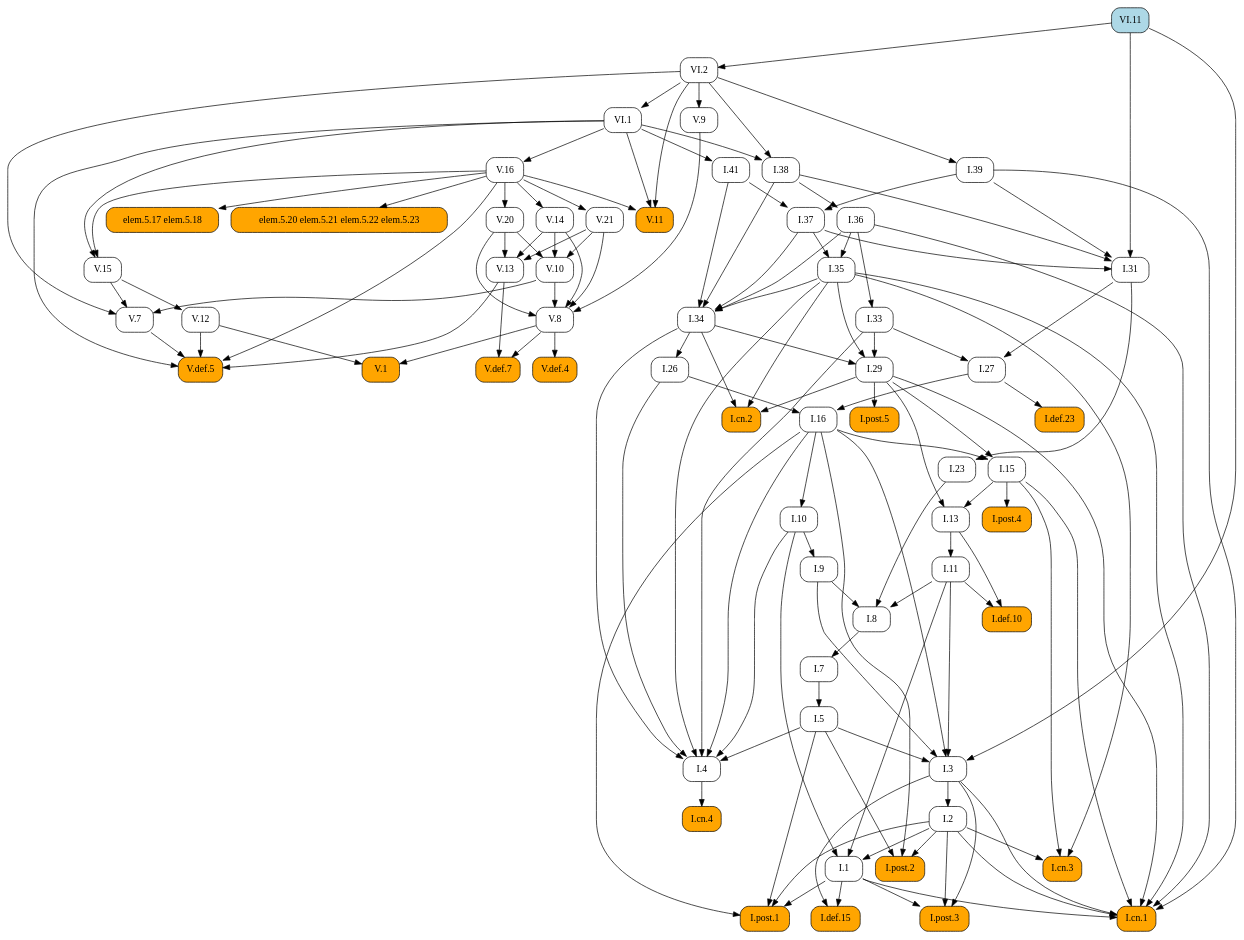
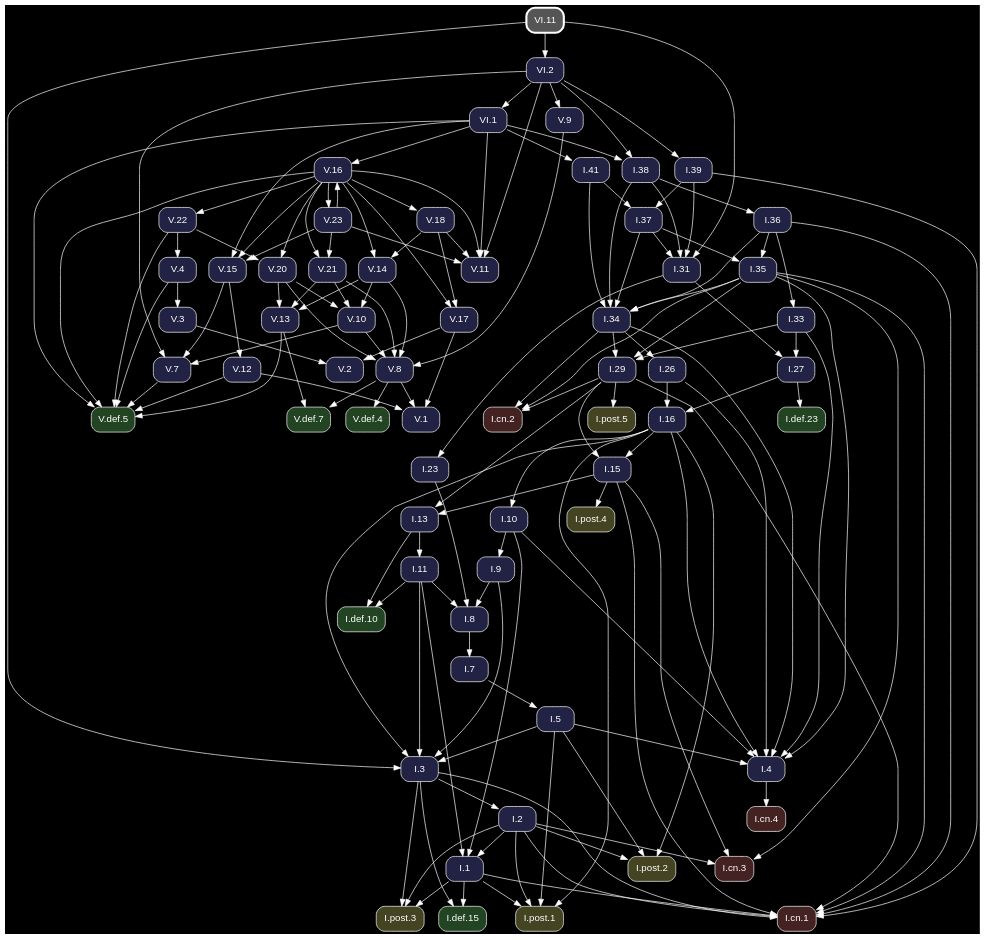
The diagram in docsrc/heath/VI/11/index.rst (geometor/elements), drawn with Graphviz before and after one commit. The commit also changed other lines of this file and 1200 other files, not shown here.

Commit message:
update dependency graphs

```diff
--- a/docsrc/heath/VI/11/index.rst
+++ b/docsrc/heath/VI/11/index.rst
@@ -34,125 +34,95 @@
 .. graphviz::
 
    digraph {
+     bgcolor="black";
+     node [shape=box, style="rounded,filled", fontname="Helvetica", color="white", fontcolor="white"];
+     edge [color="white", fontcolor="white"];
      rankdir="TB";
-     node [shape=box, style=rounded];
-     "V.16" [URL="/heath/V/16/", target="_top"];
-     "I.23" [URL="/heath/I/23/", target="_top"];
-     "I.9" [URL="/heath/I/9/", target="_top"];
-     "I.33" [URL="/heath/I/33/", target="_top"];
-     "I.def.15" [style="rounded,filled", fillcolor=orange, URL="/heath/I/def.15/", target="_top"];
-     "V.13" [URL="/heath/V/13/", target="_top"];
-     "V.7" [URL="/heath/V/7/", target="_top"];
-     "elem.5.17 elem.5.18" [style="rounded,filled", fillcolor=orange];
-     "I.post.3" [style="rounded,filled", fillcolor=orange, URL="/heath/I/post.3/", target="_top"];
-     "I.post.1" [style="rounded,filled", fillcolor=orange, URL="/heath/I/post.1/", target="_top"];
-     "V.14" [URL="/heath/V/14/", target="_top"];
-     "V.def.5" [style="rounded,filled", fillcolor=orange, URL="/heath/V/def.5/", target="_top"];
-     "V.9" [URL="/heath/V/9/", target="_top"];
-     "I.31" [URL="/heath/I/31/", target="_top"];
-     "V.10" [URL="/heath/V/10/", target="_top"];
-     "I.def.10" [style="rounded,filled", fillcolor=orange, URL="/heath/I/def.10/", target="_top"];
-     "VI.1" [URL="/heath/VI/1/", target="_top"];
-     "I.27" [URL="/heath/I/27/", target="_top"];
-     "I.39" [URL="/heath/I/39/", target="_top"];
-     "V.20" [URL="/heath/V/20/", target="_top"];
-     "V.11" [style="rounded,filled", fillcolor=orange, URL="/heath/V/11/", target="_top"];
-     "I.34" [URL="/heath/I/34/", target="_top"];
-     "V.12" [URL="/heath/V/12/", target="_top"];
-     "I.3" [URL="/heath/I/3/", target="_top"];
-     "V.def.4" [style="rounded,filled", fillcolor=orange, URL="/heath/V/def.4/", target="_top"];
-     "I.35" [URL="/heath/I/35/", target="_top"];
-     "I.cn.1" [style="rounded,filled", fillcolor=orange, URL="/heath/I/cn.1/", target="_top"];
-     "I.7" [URL="/heath/I/7/", target="_top"];
-     "V.def.7" [style="rounded,filled", fillcolor=orange, URL="/heath/V/def.7/", target="_top"];
-     "I.2" [URL="/heath/I/2/", target="_top"];
-     "V.21" [URL="/heath/V/21/", target="_top"];
-     "I.36" [URL="/heath/I/36/", target="_top"];
-     "I.13" [URL="/heath/I/13/", target="_top"];
-     "I.post.4" [style="rounded,filled", fillcolor=orange, URL="/heath/I/post.4/", target="_top"];
-     "I.4" [URL="/heath/I/4/", target="_top"];
-     "I.1" [URL="/heath/I/1/", target="_top"];
-     "I.5" [URL="/heath/I/5/", target="_top"];
-     "I.8" [URL="/heath/I/8/", target="_top"];
-     "I.37" [URL="/heath/I/37/", target="_top"];
-     "I.cn.3" [style="rounded,filled", fillcolor=orange, URL="/heath/I/cn.3/", target="_top"];
-     "I.29" [URL="/heath/I/29/", target="_top"];
-     "I.16" [URL="/heath/I/16/", target="_top"];
-     "I.38" [URL="/heath/I/38/", target="_top"];
-     "V.8" [URL="/heath/V/8/", target="_top"];
-     "I.15" [URL="/heath/I/15/", target="_top"];
-     "I.10" [URL="/heath/I/10/", target="_top"];
-     "V.1" [style="rounded,filled", fillcolor=orange, URL="/heath/V/1/", target="_top"];
-     "I.def.23" [style="rounded,filled", fillcolor=orange, URL="/heath/I/def.23/", target="_top"];
-     "I.11" [URL="/heath/I/11/", target="_top"];
-     "I.cn.2" [style="rounded,filled", fillcolor=orange, URL="/heath/I/cn.2/", target="_top"];
-     "I.post.5" [style="rounded,filled", fillcolor=orange, URL="/heath/I/post.5/", target="_top"];
-     "VI.2" [URL="/heath/VI/2/", target="_top"];
-     "I.cn.4" [style="rounded,filled", fillcolor=orange, URL="/heath/I/cn.4/", target="_top"];
-     "I.post.2" [style="rounded,filled", fillcolor=orange, URL="/heath/I/post.2/", target="_top"];
-     "I.41" [URL="/heath/I/41/", target="_top"];
-     "V.15" [URL="/heath/V/15/", target="_top"];
-     "I.26" [URL="/heath/I/26/", target="_top"];
-     "VI.11" [style="rounded,filled", fillcolor=lightblue, URL="/heath/VI/11/", target="_top"];
-     "elem.5.20 elem.5.21 elem.5.22 elem.5.23" [style="rounded,filled", fillcolor=orange];
-     "VI.1" -> "V.16";
-     "I.31" -> "I.23";
-     "I.10" -> "I.9";
-     "I.36" -> "I.33";
-     "I.1" -> "I.def.15";
-     "I.3" -> "I.def.15";
-     "V.14" -> "V.13";
-     "V.20" -> "V.13";
-     "V.21" -> "V.13";
-     "V.10" -> "V.7";
-     "V.15" -> "V.7";
-     "VI.2" -> "V.7";
-     "V.16" -> "elem.5.17 elem.5.18";
-     "I.1" -> "I.post.3";
-     "I.2" -> "I.post.3";
-     "I.3" -> "I.post.3";
-     "I.1" -> "I.post.1";
-     "I.2" -> "I.post.1";
-     "I.5" -> "I.post.1";
-     "I.16" -> "I.post.1";
-     "V.16" -> "V.14";
+     "V.15" [fillcolor="#222244", URL="/heath/V/15/", target="_top"];
+     "V.def.5" [fillcolor="#224422", URL="/heath/V/def.5/", target="_top"];
+     "V.22" [fillcolor="#222244", URL="/heath/V/22/", target="_top"];
+     "I.31" [fillcolor="#222244", URL="/heath/I/31/", target="_top"];
+     "I.3" [fillcolor="#222244", URL="/heath/I/3/", target="_top"];
+     "V.12" [fillcolor="#222244", URL="/heath/V/12/", target="_top"];
+     "I.cn.1" [fillcolor="#442222", URL="/heath/I/cn.1/", target="_top"];
+     "V.18" [fillcolor="#222244", URL="/heath/V/18/", target="_top"];
+     "I.15" [fillcolor="#222244", URL="/heath/I/15/", target="_top"];
+     "V.14" [fillcolor="#222244", URL="/heath/V/14/", target="_top"];
+     "I.def.10" [fillcolor="#224422", URL="/heath/I/def.10/", target="_top"];
+     "I.39" [fillcolor="#222244", URL="/heath/I/39/", target="_top"];
+     "I.13" [fillcolor="#222244", URL="/heath/I/13/", target="_top"];
+     "I.27" [fillcolor="#222244", URL="/heath/I/27/", target="_top"];
+     "V.23" [fillcolor="#222244", URL="/heath/V/23/", target="_top"];
+     "I.2" [fillcolor="#222244", URL="/heath/I/2/", target="_top"];
+     "I.41" [fillcolor="#222244", URL="/heath/I/41/", target="_top"];
+     "I.cn.2" [fillcolor="#442222", URL="/heath/I/cn.2/", target="_top"];
+     "I.9" [fillcolor="#222244", URL="/heath/I/9/", target="_top"];
+     "I.1" [fillcolor="#222244", URL="/heath/I/1/", target="_top"];
+     "I.post.5" [fillcolor="#444422", URL="/heath/I/post.5/", target="_top"];
+     "I.post.4" [fillcolor="#444422", URL="/heath/I/post.4/", target="_top"];
+     "I.23" [fillcolor="#222244", URL="/heath/I/23/", target="_top"];
+     "I.26" [fillcolor="#222244", URL="/heath/I/26/", target="_top"];
+     "I.8" [fillcolor="#222244", URL="/heath/I/8/", target="_top"];
+     "I.4" [fillcolor="#222244", URL="/heath/I/4/", target="_top"];
+     "V.4" [fillcolor="#222244", URL="/heath/V/4/", target="_top"];
+     "V.16" [fillcolor="#222244", URL="/heath/V/16/", target="_top"];
+     "VI.2" [fillcolor="#222244", URL="/heath/VI/2/", target="_top"];
+     "I.7" [fillcolor="#222244", URL="/heath/I/7/", target="_top"];
+     "V.7" [fillcolor="#222244", URL="/heath/V/7/", target="_top"];
+     "I.5" [fillcolor="#222244", URL="/heath/I/5/", target="_top"];
+     "V.9" [fillcolor="#222244", URL="/heath/V/9/", target="_top"];
+     "VI.1" [fillcolor="#222244", URL="/heath/VI/1/", target="_top"];
+     "I.10" [fillcolor="#222244", URL="/heath/I/10/", target="_top"];
+     "V.11" [fillcolor="#222244", URL="/heath/V/11/", target="_top"];
+     "V.def.7" [fillcolor="#224422", URL="/heath/V/def.7/", target="_top"];
+     "I.post.1" [fillcolor="#444422", URL="/heath/I/post.1/", target="_top"];
+     "V.def.4" [fillcolor="#224422", URL="/heath/V/def.4/", target="_top"];
+     "V.20" [fillcolor="#222244", URL="/heath/V/20/", target="_top"];
+     "I.11" [fillcolor="#222244", URL="/heath/I/11/", target="_top"];
+     "I.16" [fillcolor="#222244", URL="/heath/I/16/", target="_top"];
+     "I.37" [fillcolor="#222244", URL="/heath/I/37/", target="_top"];
+     "I.cn.3" [fillcolor="#442222", URL="/heath/I/cn.3/", target="_top"];
+     "I.36" [fillcolor="#222244", URL="/heath/I/36/", target="_top"];
+     "I.38" [fillcolor="#222244", URL="/heath/I/38/", target="_top"];
+     "I.post.2" [fillcolor="#444422", URL="/heath/I/post.2/", target="_top"];
+     "I.29" [fillcolor="#222244", URL="/heath/I/29/", target="_top"];
+     "I.cn.4" [fillcolor="#442222", URL="/heath/I/cn.4/", target="_top"];
+     "I.def.23" [fillcolor="#224422", URL="/heath/I/def.23/", target="_top"];
+     "V.2" [fillcolor="#222244", URL="/heath/V/2/", target="_top"];
+     "I.35" [fillcolor="#222244", URL="/heath/I/35/", target="_top"];
+     "V.1" [fillcolor="#222244", URL="/heath/V/1/", target="_top"];
+     "I.post.3" [fillcolor="#444422", URL="/heath/I/post.3/", target="_top"];
+     "V.13" [fillcolor="#222244", URL="/heath/V/13/", target="_top"];
+     "V.8" [fillcolor="#222244", URL="/heath/V/8/", target="_top"];
+     "I.33" [fillcolor="#222244", URL="/heath/I/33/", target="_top"];
+     "V.21" [fillcolor="#222244", URL="/heath/V/21/", target="_top"];
+     "I.34" [fillcolor="#222244", URL="/heath/I/34/", target="_top"];
+     "VI.11" [penwidth=3, color="white", fillcolor="#555555", URL="/heath/VI/11/", target="_top"];
+     "I.def.15" [fillcolor="#224422", URL="/heath/I/def.15/", target="_top"];
+     "V.3" [fillcolor="#222244", URL="/heath/V/3/", target="_top"];
+     "V.17" [fillcolor="#222244", URL="/heath/V/17/", target="_top"];
+     "V.10" [fillcolor="#222244", URL="/heath/V/10/", target="_top"];
+     "V.16" -> "V.15";
+     "V.23" -> "V.15";
+     "VI.1" -> "V.15";
+     "V.4" -> "V.def.5";
      "V.7" -> "V.def.5";
      "V.12" -> "V.def.5";
      "V.13" -> "V.def.5";
      "V.16" -> "V.def.5";
+     "V.22" -> "V.def.5";
      "VI.1" -> "V.def.5";
-     "VI.2" -> "V.9";
+     "V.16" -> "V.22";
      "I.37" -> "I.31";
      "I.38" -> "I.31";
      "I.39" -> "I.31";
      "VI.11" -> "I.31";
-     "V.14" -> "V.10";
-     "V.20" -> "V.10";
-     "V.21" -> "V.10";
-     "I.11" -> "I.def.10";
-     "I.13" -> "I.def.10";
-     "VI.2" -> "VI.1";
-     "I.31" -> "I.27";
-     "I.33" -> "I.27";
-     "VI.2" -> "I.39";
-     "V.16" -> "V.20";
-     "V.16" -> "V.11";
-     "VI.1" -> "V.11";
-     "VI.2" -> "V.11";
-     "I.35" -> "I.34";
-     "I.36" -> "I.34";
-     "I.37" -> "I.34";
-     "I.38" -> "I.34";
-     "I.41" -> "I.34";
-     "V.15" -> "V.12";
      "I.5" -> "I.3";
      "I.9" -> "I.3";
      "I.11" -> "I.3";
      "I.16" -> "I.3";
      "VI.11" -> "I.3";
-     "V.8" -> "V.def.4";
-     "I.36" -> "I.35";
-     "I.37" -> "I.35";
+     "V.15" -> "V.12";
      "I.1" -> "I.cn.1";
      "I.2" -> "I.cn.1";
      "I.3" -> "I.cn.1";
@@ -161,15 +131,35 @@
      "I.35" -> "I.cn.1";
      "I.36" -> "I.cn.1";
      "I.39" -> "I.cn.1";
-     "I.8" -> "I.7";
-     "V.8" -> "V.def.7";
-     "V.13" -> "V.def.7";
-     "I.3" -> "I.2";
-     "V.16" -> "V.21";
-     "I.38" -> "I.36";
+     "V.16" -> "V.18";
+     "I.16" -> "I.15";
+     "I.29" -> "I.15";
+     "V.16" -> "V.14";
+     "V.18" -> "V.14";
+     "I.11" -> "I.def.10";
+     "I.13" -> "I.def.10";
+     "VI.2" -> "I.39";
      "I.15" -> "I.13";
      "I.29" -> "I.13";
+     "I.31" -> "I.27";
+     "I.33" -> "I.27";
+     "V.16" -> "V.23";
+     "I.3" -> "I.2";
+     "VI.1" -> "I.41";
+     "I.29" -> "I.cn.2";
+     "I.34" -> "I.cn.2";
+     "I.35" -> "I.cn.2";
+     "I.10" -> "I.9";
+     "I.2" -> "I.1";
+     "I.10" -> "I.1";
+     "I.11" -> "I.1";
+     "I.29" -> "I.post.5";
      "I.15" -> "I.post.4";
+     "I.31" -> "I.23";
+     "I.34" -> "I.26";
+     "I.9" -> "I.8";
+     "I.11" -> "I.8";
+     "I.23" -> "I.8";
      "I.5" -> "I.4";
      "I.10" -> "I.4";
      "I.16" -> "I.4";
@@ -177,49 +167,83 @@
      "I.33" -> "I.4";
      "I.34" -> "I.4";
      "I.35" -> "I.4";
-     "I.2" -> "I.1";
-     "I.10" -> "I.1";
-     "I.11" -> "I.1";
+     "V.22" -> "V.4";
+     "V.23" -> "V.16";
+     "VI.1" -> "V.16";
+     "VI.11" -> "VI.2";
+     "I.8" -> "I.7";
+     "V.10" -> "V.7";
+     "V.15" -> "V.7";
+     "VI.2" -> "V.7";
      "I.7" -> "I.5";
-     "I.9" -> "I.8";
-     "I.11" -> "I.8";
-     "I.23" -> "I.8";
+     "VI.2" -> "V.9";
+     "VI.2" -> "VI.1";
+     "I.16" -> "I.10";
+     "V.16" -> "V.11";
+     "V.18" -> "V.11";
+     "V.23" -> "V.11";
+     "VI.1" -> "V.11";
+     "VI.2" -> "V.11";
+     "V.8" -> "V.def.7";
+     "V.13" -> "V.def.7";
+     "I.1" -> "I.post.1";
+     "I.2" -> "I.post.1";
+     "I.5" -> "I.post.1";
+     "I.16" -> "I.post.1";
+     "V.8" -> "V.def.4";
+     "V.16" -> "V.20";
+     "V.22" -> "V.20";
+     "I.13" -> "I.11";
+     "I.26" -> "I.16";
+     "I.27" -> "I.16";
      "I.39" -> "I.37";
      "I.41" -> "I.37";
      "I.2" -> "I.cn.3";
      "I.15" -> "I.cn.3";
      "I.35" -> "I.cn.3";
+     "I.38" -> "I.36";
+     "VI.1" -> "I.38";
+     "VI.2" -> "I.38";
+     "I.2" -> "I.post.2";
+     "I.5" -> "I.post.2";
+     "I.16" -> "I.post.2";
      "I.33" -> "I.29";
      "I.34" -> "I.29";
      "I.35" -> "I.29";
-     "I.26" -> "I.16";
-     "I.27" -> "I.16";
-     "VI.1" -> "I.38";
-     "VI.2" -> "I.38";
+     "I.4" -> "I.cn.4";
+     "I.27" -> "I.def.23";
+     "V.3" -> "V.2";
+     "V.17" -> "V.2";
+     "I.36" -> "I.35";
+     "I.37" -> "I.35";
+     "V.8" -> "V.1";
+     "V.12" -> "V.1";
+     "V.17" -> "V.1";
+     "I.1" -> "I.post.3";
+     "I.2" -> "I.post.3";
+     "I.3" -> "I.post.3";
+     "V.14" -> "V.13";
+     "V.20" -> "V.13";
+     "V.21" -> "V.13";
      "V.9" -> "V.8";
      "V.10" -> "V.8";
      "V.14" -> "V.8";
      "V.20" -> "V.8";
      "V.21" -> "V.8";
-     "I.16" -> "I.15";
-     "I.29" -> "I.15";
-     "I.16" -> "I.10";
-     "V.8" -> "V.1";
-     "V.12" -> "V.1";
-     "I.27" -> "I.def.23";
-     "I.13" -> "I.11";
-     "I.29" -> "I.cn.2";
-     "I.34" -> "I.cn.2";
-     "I.35" -> "I.cn.2";
-     "I.29" -> "I.post.5";
-     "VI.11" -> "VI.2";
-     "I.4" -> "I.cn.4";
-     "I.2" -> "I.post.2";
-     "I.5" -> "I.post.2";
-     "I.16" -> "I.post.2";
-     "VI.1" -> "I.41";
-     "V.16" -> "V.15";
-     "VI.1" -> "V.15";
-     "I.34" -> "I.26";
-     "V.16" -> "elem.5.20 elem.5.21 elem.5.22 elem.5.23";
+     "I.36" -> "I.33";
+     "V.16" -> "V.21";
+     "V.23" -> "V.21";
+     "I.35" -> "I.34";
+     "I.36" -> "I.34";
+     "I.37" -> "I.34";
+     "I.38" -> "I.34";
+     "I.41" -> "I.34";
+     "I.1" -> "I.def.15";
+     "I.3" -> "I.def.15";
+     "V.4" -> "V.3";
+     "V.16" -> "V.17";
+     "V.18" -> "V.17";
+     "V.14" -> "V.10";
+     "V.20" -> "V.10";
+     "V.21" -> "V.10";
    }
```
